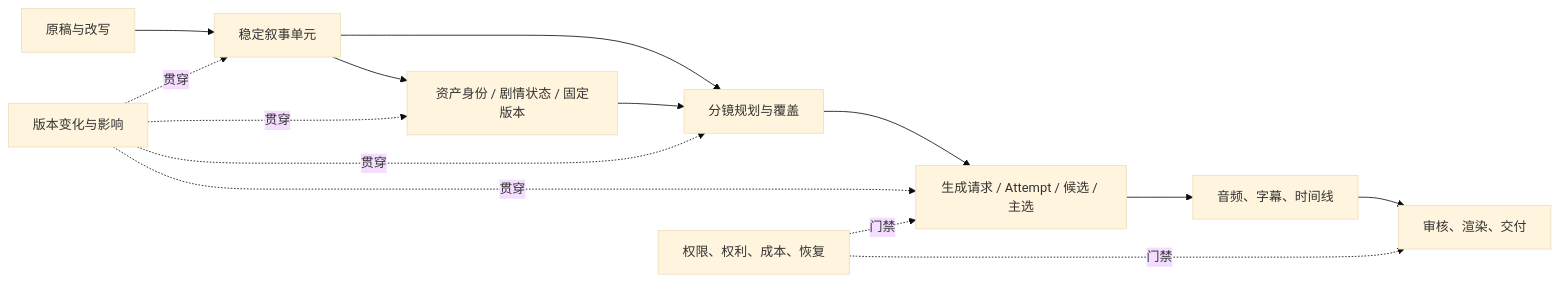
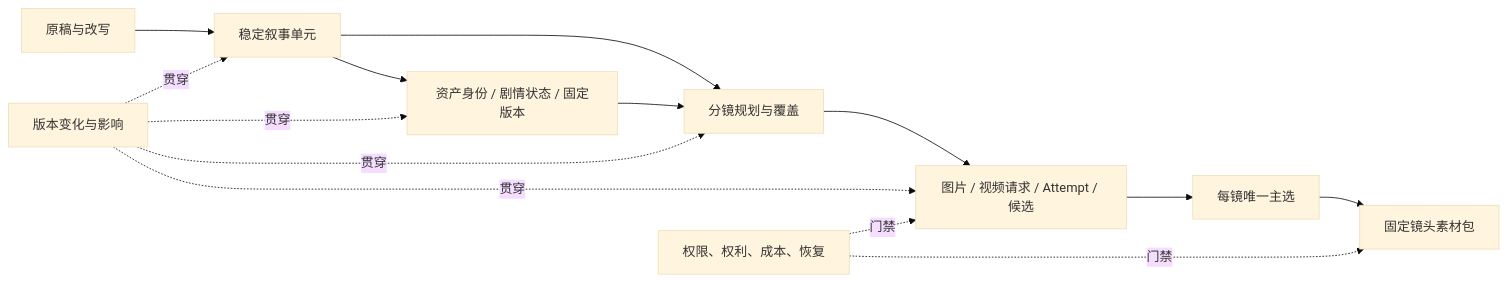
The diagram in docs/requirement/产品发现与竞品需求分析.md (StephenQiu30/lanverse), drawn with Mermaid (base theme) before and after one commit. The commit also changed other lines of this file and 128 other files, not shown here.

````diff
--- a/docs/requirement/产品发现与竞品需求分析.md
+++ b/docs/requirement/产品发现与竞品需求分析.md
@@ -33,17 +33,17 @@
 ```mermaid
 flowchart LR
     A["原稿与改写"] --> B["稳定叙事单元"]
     B --> C["资产身份 / 剧情状态 / 固定版本"]
     B --> D["分镜规划与覆盖"]
     C --> D
-    D --> E["生成请求 / Attempt / 候选 / 主选"]
-    E --> F["音频、字幕、时间线"]
-    F --> G["审核、渲染、交付"]
+    D --> E["图片 / 视频请求 / Attempt / 候选"]
+    E --> F["每镜唯一主选"]
+    F --> G["固定镜头素材包"]
 
     H["版本变化与影响"] -.贯穿.-> B
     H -.贯穿.-> C
     H -.贯穿.-> D
     H -.贯穿.-> E
     I["权限、权利、成本、恢复"] -.门禁.-> E
     I -.门禁.-> G
 ```
````
